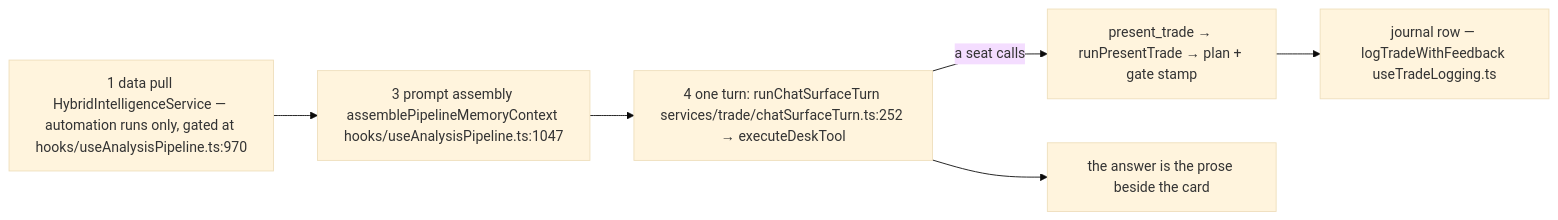
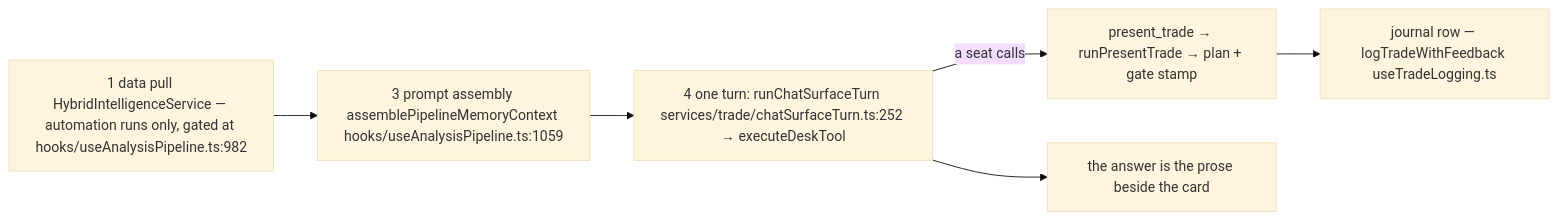
One commit to Acepay25/august-3.5 changed the third of 7 diagrams in docs/app-flow.md. Above: the diagram before and after it, drawn with Mermaid (base theme). The commit also changed other lines of this file and 35 other files, not shown here.

````diff
--- a/docs/app-flow.md
+++ b/docs/app-flow.md
@@ -173,8 +173,8 @@
 ```mermaid
 flowchart LR
-    S1["1 data pull HybridIntelligenceService — automation runs only, gated at hooks/useAnalysisPipeline.ts:970"] --> S3["3 prompt assembly assemblePipelineMemoryContext hooks/useAnalysisPipeline.ts:1047"]
+    S1["1 data pull HybridIntelligenceService — automation runs only, gated at hooks/useAnalysisPipeline.ts:982"] --> S3["3 prompt assembly assemblePipelineMemoryContext hooks/useAnalysisPipeline.ts:1059"]
     S3 --> S4["4 one turn: runChatSurfaceTurn services/trade/chatSurfaceTurn.ts:252 → executeDeskTool"]
     S4 -->|a seat calls| PT["present_trade → runPresentTrade → plan + gate stamp"]
     PT --> JR["journal row — logTradeWithFeedback useTradeLogging.ts"]
     S4 --> ANS["the answer is the prose beside the card"]
 ```
````
